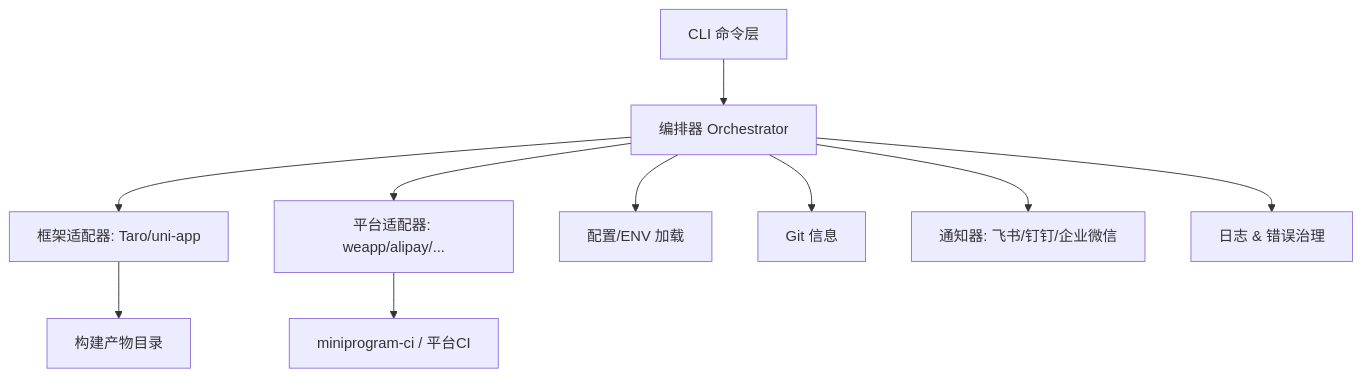
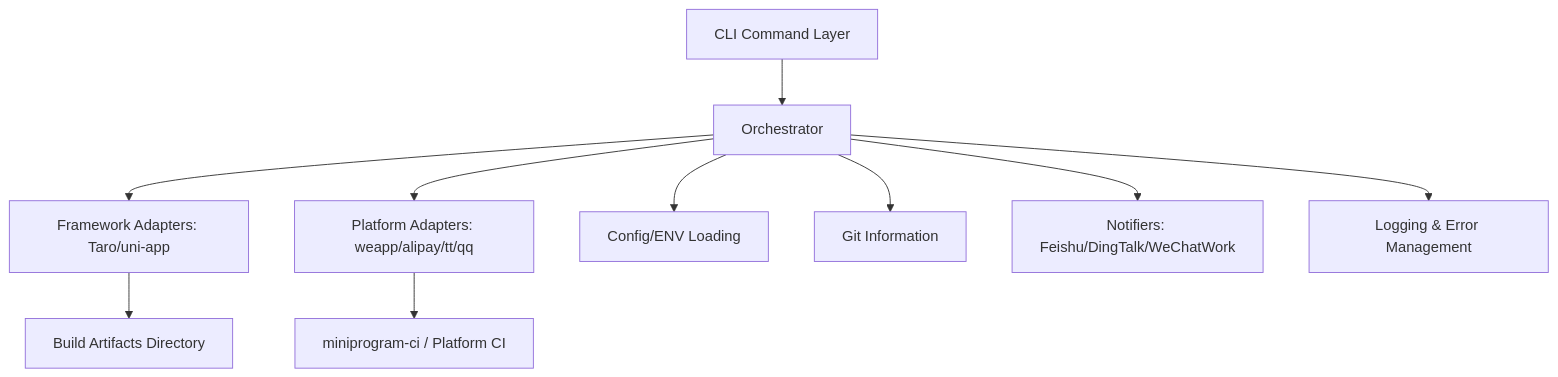
One commit to thornboo/mp-nexus-cli changed the first of 2 diagrams in docs/architecture.md. Above: the diagram before and after it, drawn with Mermaid. The commit also changed other lines of this file and 8 other files, not shown here.

````diff
--- a/docs/architecture.md
+++ b/docs/architecture.md
@@ -17,12 +26,12 @@
 ```mermaid
 graph TD
-    A[CLI 命令层] --> B[编排器 Orchestrator]
-    B --> C[框架适配器: Taro/uni-app]
-    C --> D[构建产物目录]
-    B --> E[平台适配器: weapp/alipay/...]
-    E --> F[miniprogram-ci / 平台CI]
-    B --> G[配置/ENV 加载]
-    B --> H[Git 信息]
-    B --> I[通知器: 飞书/钉钉/企业微信]
-    B --> J[日志 & 错误治理]
+    A[CLI Command Layer] --> B[Orchestrator]
+    B --> C[Framework Adapters: Taro/uni-app]
+    C --> D[Build Artifacts Directory]
+    B --> E[Platform Adapters: weapp/alipay/tt/qq]
+    E --> F[miniprogram-ci / Platform CI]
+    B --> G[Config/ENV Loading]
+    B --> H[Git Information]
+    B --> I[Notifiers: Feishu/DingTalk/WeChatWork]
+    B --> J[Logging & Error Management]
 ```
````
